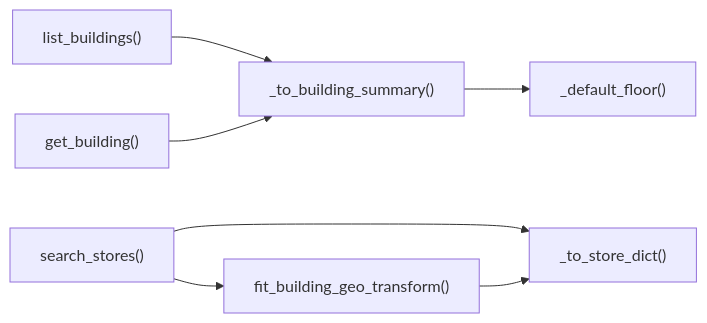
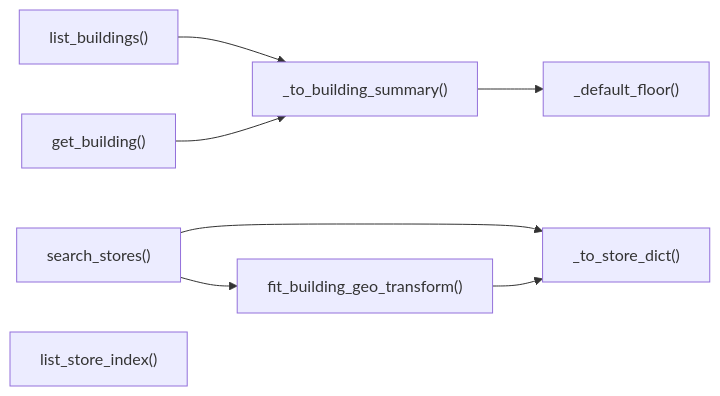
The third of 11 diagrams in backend/app/repositories/README.md (Routex-labs/Navigation), drawn with Mermaid before and after one commit. The commit also changed other lines of this file and 2 other files, not shown here.

First line of the commit message:
docs: 계층 README에 store-index 엔드포인트를 반영한다

````diff
--- a/backend/app/repositories/README.md
+++ b/backend/app/repositories/README.md
@@ -86,17 +86,18 @@
 ```mermaid
 flowchart LR
     LIST["list_buildings()"]
     GET["get_building()"]
     SUMMARY["_to_building_summary()"]
     DEFAULT["_default_floor()"]
 
     SEARCH["search_stores()"]
+    INDEX["list_store_index()"]
     TRANSFORM["fit_building_geo_transform()"]
     STORE["_to_store_dict()"]
 
     LIST --> SUMMARY
     GET --> SUMMARY --> DEFAULT
     SEARCH --> TRANSFORM
     SEARCH --> STORE
     TRANSFORM --> STORE
 ```
````
